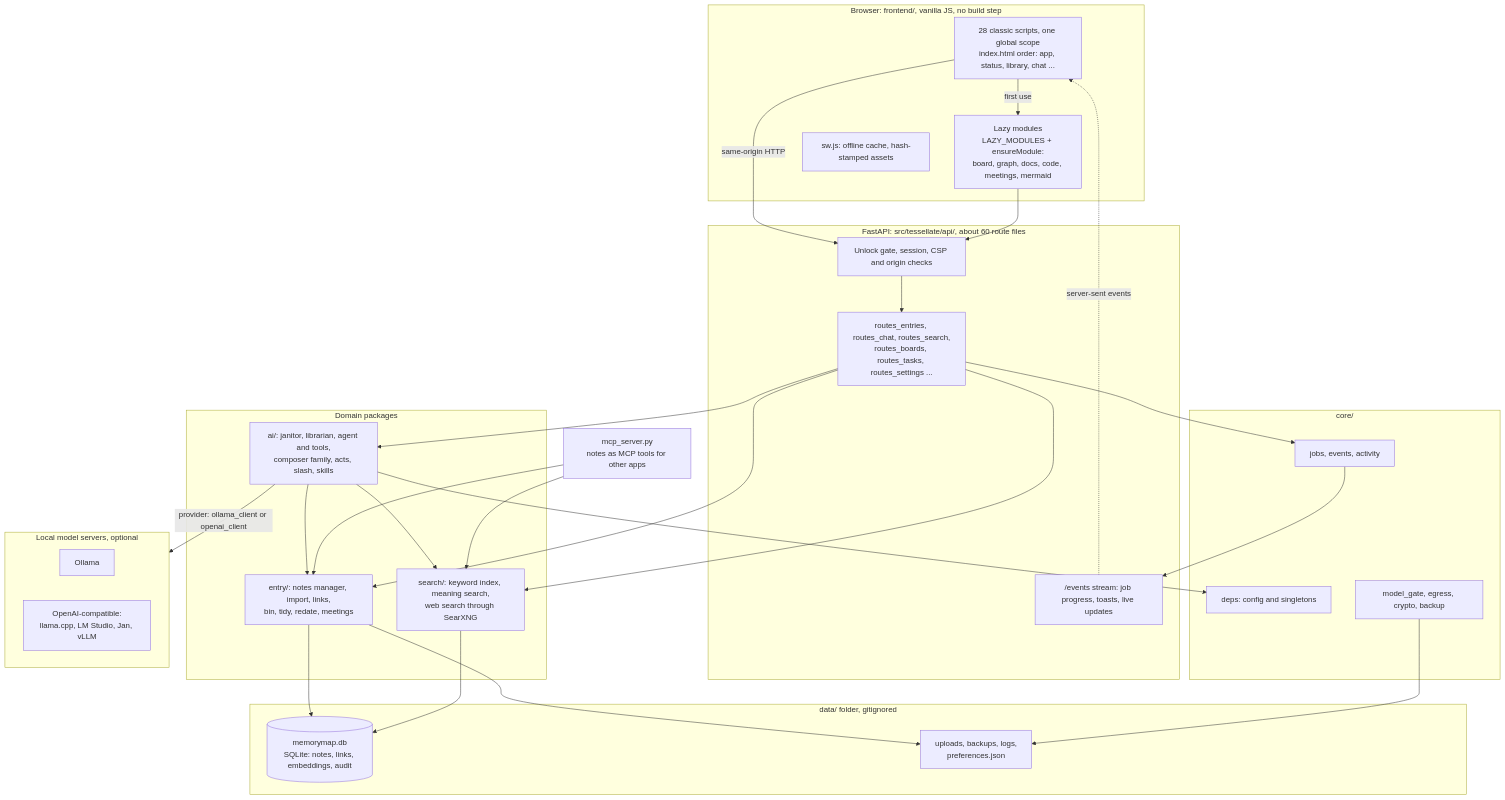
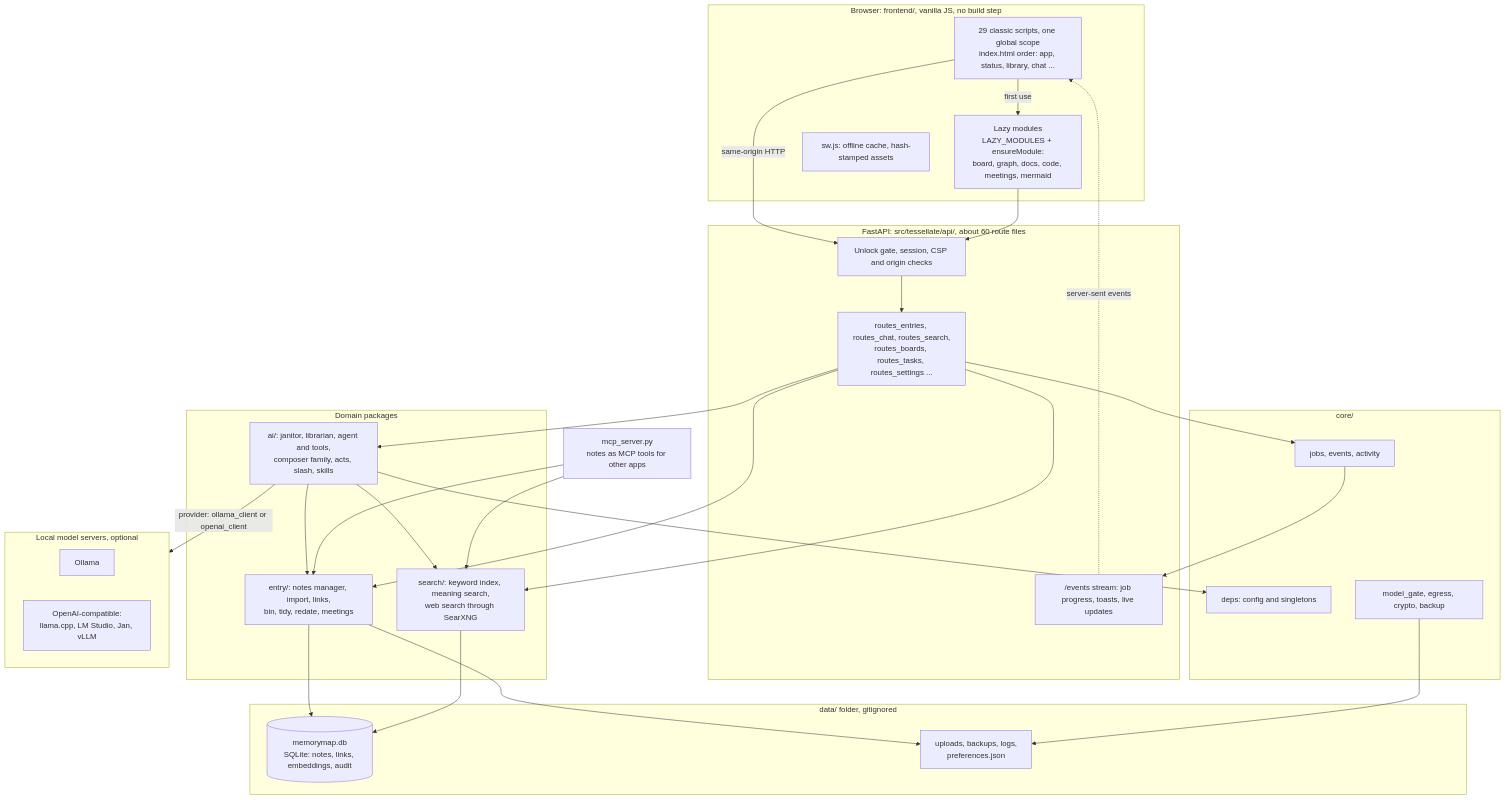
Before and after one commit to Braydenh563/Tessellate: the first of 3 diagrams in docs/ARCHITECTURE.md, drawn with Mermaid. The commit also changed other lines of this file and 3126 other files, not shown here.

First line of the commit message:
Next-queue run: chat consent cards, composer, private spaces, sync between computers, draw.io parity, documents databases, companions, diagrams, performance (#216)

````diff
--- a/docs/ARCHITECTURE.md
+++ b/docs/ARCHITECTURE.md
@@ -70,59 +70,59 @@
 ```mermaid
 flowchart TB
   subgraph Browser["Browser: frontend/, vanilla JS, no build step"]
-    Shell["28 classic scripts, one global scope<br/>index.html order: app, status, library, chat ..."]
+    Shell["29 classic scripts, one global scope<br/>index.html order: app, status, library, chat ..."]
     Lazy["Lazy modules<br/>LAZY_MODULES + ensureModule:<br/>board, graph, docs, code, meetings, mermaid"]
     SW["sw.js: offline cache, hash-stamped assets"]
     Shell -- "first use" --> Lazy
   end
 
   subgraph API["FastAPI: src/tessellate/api/, about 60 route files"]
     Gate["Unlock gate, session, CSP and origin checks"]
     Routes["routes_entries, routes_chat, routes_search,<br/>routes_boards, routes_tasks, routes_settings ..."]
     Events["/events stream: job progress, toasts, live updates"]
     Gate --> Routes
   end
 
   subgraph Domain["Domain packages"]
     Entry["entry/: notes manager, import, links,<br/>bin, tidy, redate, meetings"]
     AI["ai/: janitor, librarian, agent and tools,<br/>composer family, acts, slash, skills"]
     Search["search/: keyword index, meaning search,<br/>web search through SearXNG"]
   end
 
   subgraph Core["core/"]
     Deps["deps: config and singletons"]
     Jobs["jobs, events, activity"]
     Gatekeep["model_gate, egress, crypto, backup"]
   end
 
   subgraph Data["data/ folder, gitignored"]
     DB[("memorymap.db<br/>SQLite: notes, links, embeddings, audit")]
     Files["uploads, backups, logs,<br/>preferences.json"]
   end
 
   subgraph Models["Local model servers, optional"]
     Ollama["Ollama"]
     OAI["OpenAI-compatible:<br/>llama.cpp, LM Studio, Jan, vLLM"]
   end
 
   MCP["mcp_server.py<br/>notes as MCP tools for other apps"]
 
   Shell -- "same-origin HTTP" --> Gate
   Lazy --> Gate
   Events -. "server-sent events" .-> Shell
   Routes --> Entry
   Routes --> AI
   Routes --> Search
   AI --> Search
   AI --> Entry
   AI -- "provider: ollama_client or openai_client" --> Models
   Entry --> DB
   Search --> DB
   AI --> Deps
   Routes --> Jobs
   Jobs --> Events
   Entry --> Files
   Gatekeep --> Files
   MCP --> Entry
   MCP --> Search
 ```
````
